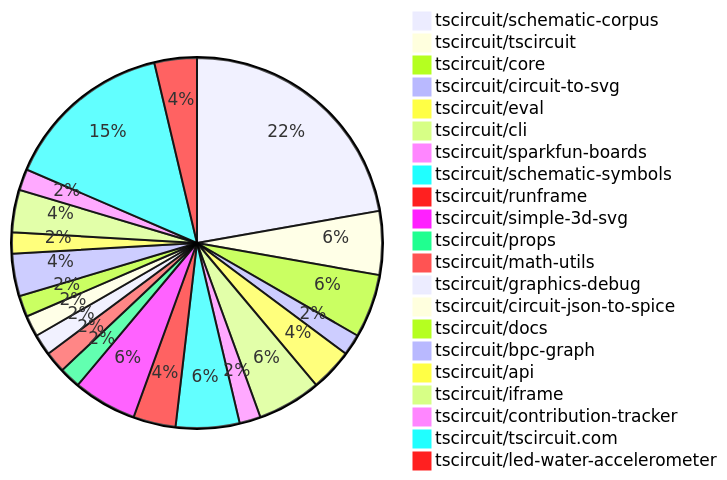
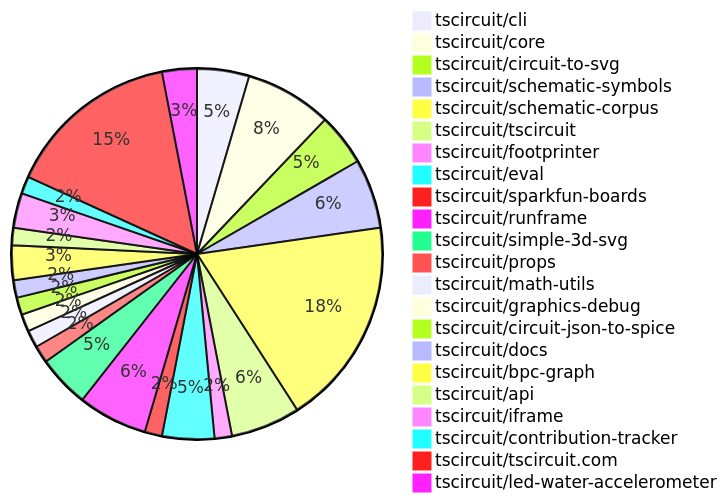
One commit to tscircuit/contribution-tracker changed the first of 2 diagrams in README.md. Above: the diagram before and after it, drawn with Mermaid. The commit also changed other lines of this file and 3 other files, not shown here.

````diff
--- a/README.md
+++ b/README.md
@@ -29,24 +29,25 @@
 ```mermaid
 pie
+    "tscircuit/cli" : 3
+    "tscircuit/core" : 5
+    "tscircuit/circuit-to-svg" : 3
+    "tscircuit/schematic-symbols" : 4
     "tscircuit/schematic-corpus" : 12
-    "tscircuit/tscircuit" : 3
-    "tscircuit/core" : 3
-    "tscircuit/circuit-to-svg" : 1
-    "tscircuit/eval" : 2
-    "tscircuit/cli" : 3
+    "tscircuit/tscircuit" : 4
+    "tscircuit/footprinter" : 1
+    "tscircuit/eval" : 3
     "tscircuit/sparkfun-boards" : 1
-    "tscircuit/schematic-symbols" : 3
-    "tscircuit/runframe" : 2
+    "tscircuit/runframe" : 4
     "tscircuit/simple-3d-svg" : 3
     "tscircuit/props" : 1
     "tscircuit/math-utils" : 1
     "tscircuit/graphics-debug" : 1
     "tscircuit/circuit-json-to-spice" : 1
     "tscircuit/docs" : 1
     "tscircuit/bpc-graph" : 2
     "tscircuit/api" : 1
     "tscircuit/iframe" : 2
     "tscircuit/contribution-tracker" : 1
-    "tscircuit/tscircuit.com" : 8
+    "tscircuit/tscircuit.com" : 10
     "tscircuit/led-water-accelerometer" : 2
 ```
````
